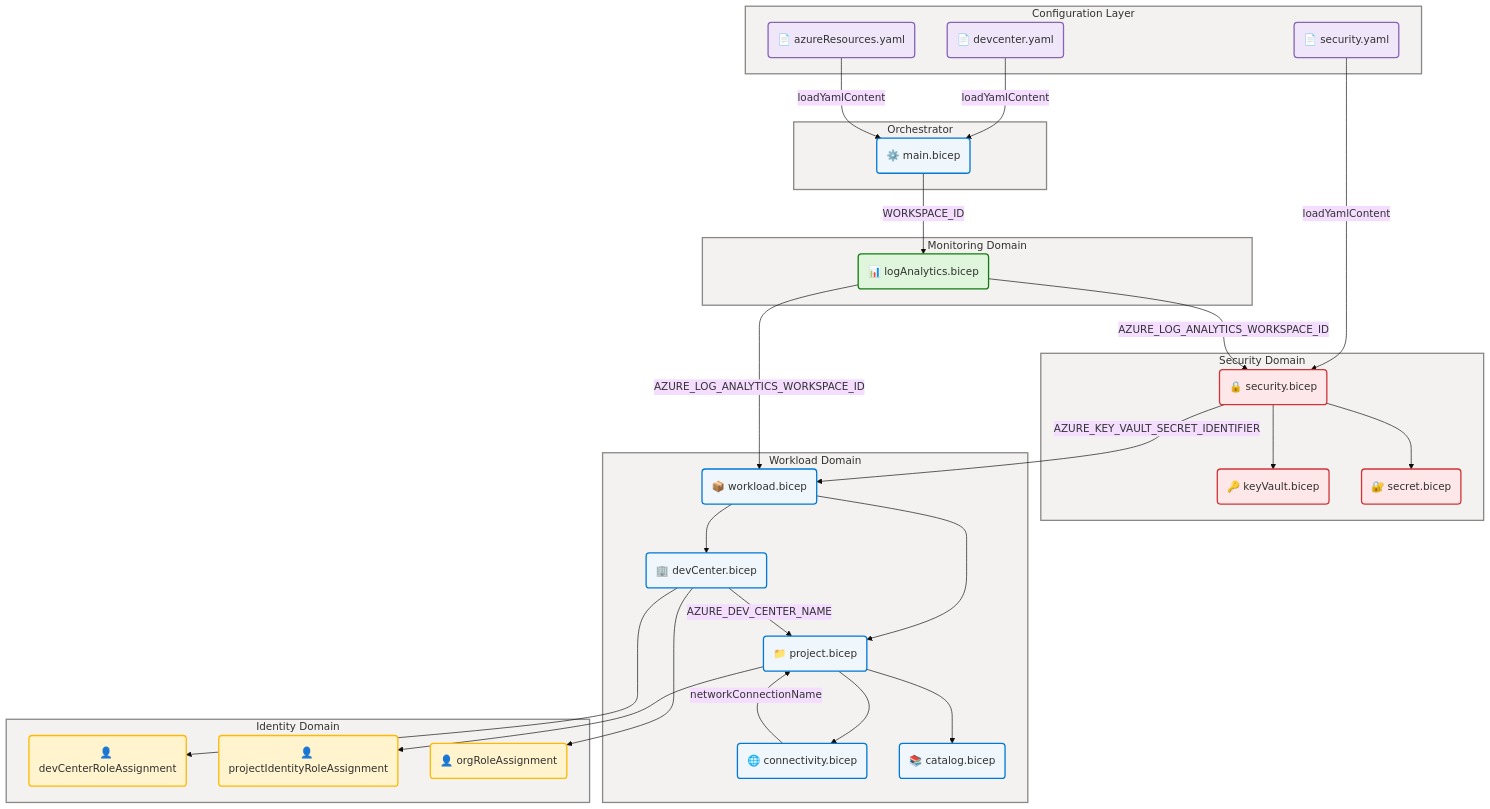
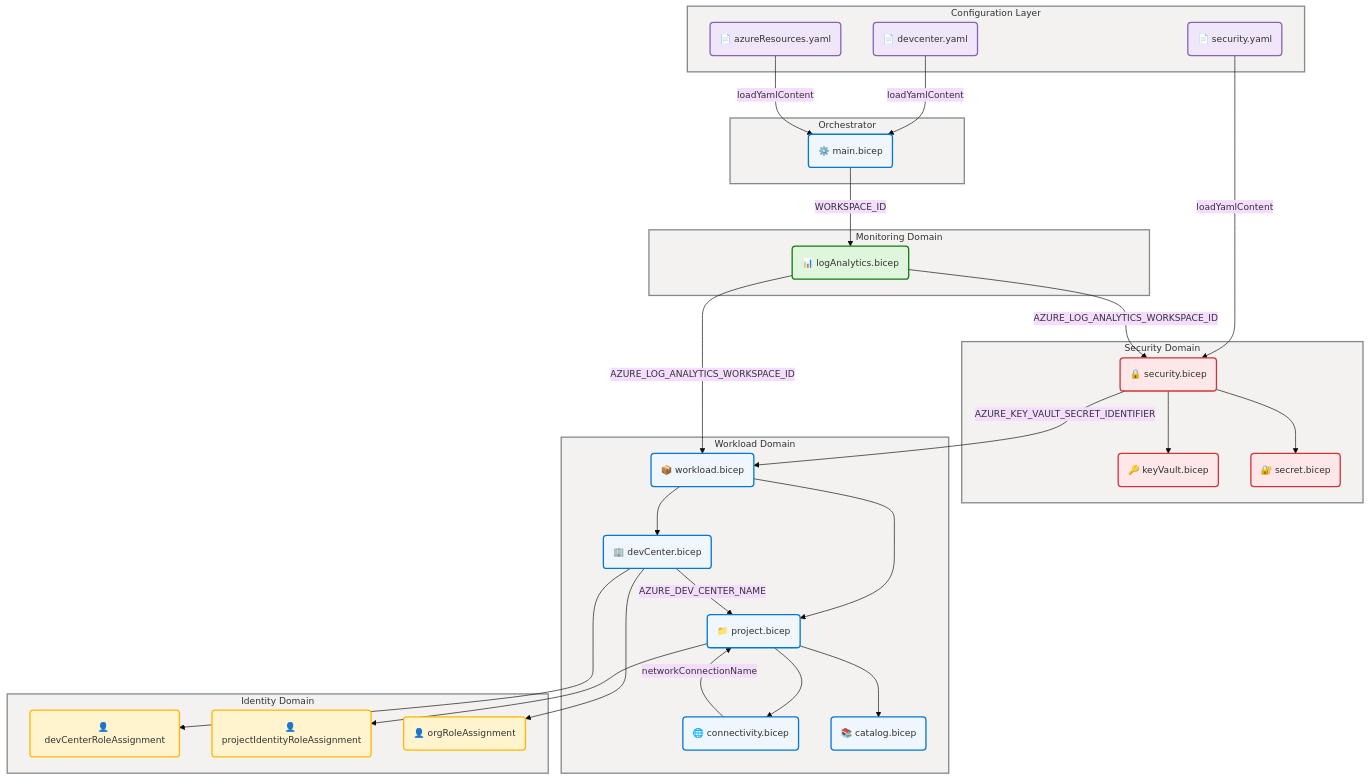
Before and after one commit to Evilazaro/DevExp-DevBox: diagram 13 of 14 in docs/architecture/data-architecture.md, drawn with Mermaid. The commit also changed other lines of this file and 5 other files, not shown here.

Commit message:
feat: update font size in architecture documentation from 16px to 14px for improved readability

```diff
--- a/docs/architecture/data-architecture.md
+++ b/docs/architecture/data-architecture.md
@@ -1392,7 +1392,7 @@
   look: classic
   layout: dagre
   themeVariables:
-    fontSize: "16px"
+    fontSize: "14px"
 ---
 flowchart TD
     accTitle: DevExp-DevBox Module Dependency and Data Flow Graph
```
